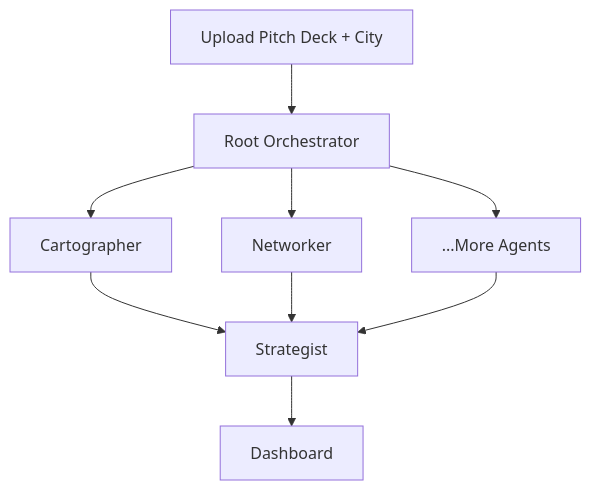
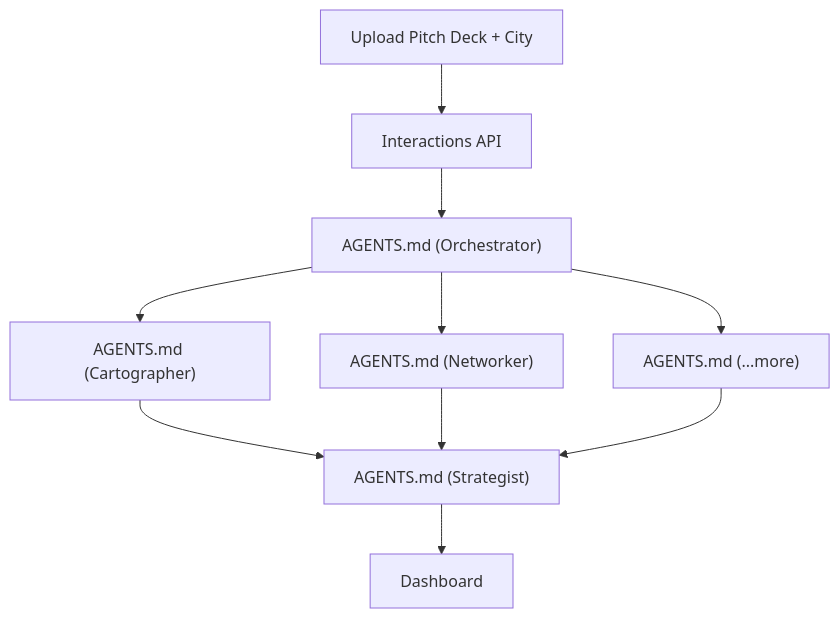
Before and after one commit to Tanayshri123/googleio: the first of 2 diagrams in slides.md, drawn with Mermaid. The commit also changed other lines of this file and 87 other files, not shown here.

````diff
--- a/slides.md
+++ b/slides.md
@@ -70,11 +70,12 @@
 ```mermaid
 flowchart TD
-  U[Upload Pitch Deck + City] --> O[Root Orchestrator]
-  O --> C[Cartographer]
-  O --> N[Networker]
-  O --> F["...More Agents"]
-  C --> S[Strategist]
+  U[Upload Pitch Deck + City] --> API[Interactions API]
+  API --> O["AGENTS.md (Orchestrator)"]
+  O --> C["AGENTS.md (Cartographer)"]
+  O --> N["AGENTS.md (Networker)"]
+  O --> F["AGENTS.md (...more)"]
+  C --> S["AGENTS.md (Strategist)"]
   N --> S
   F --> S
   S --> D[Dashboard]
 ```
````
